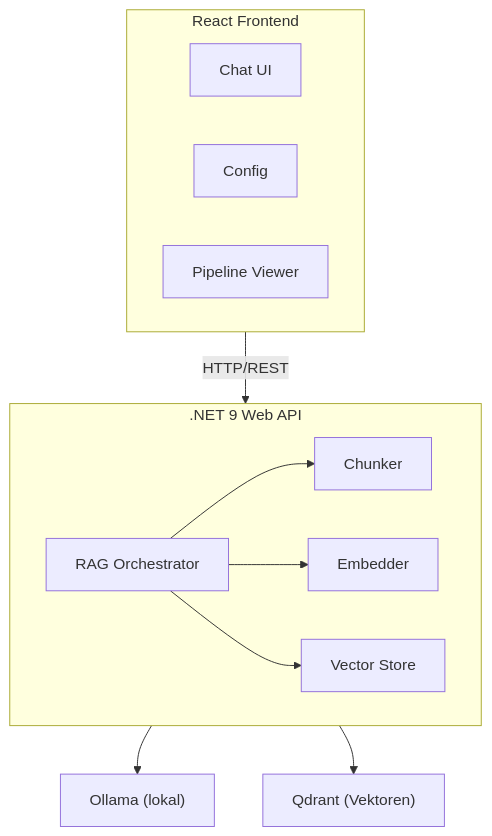
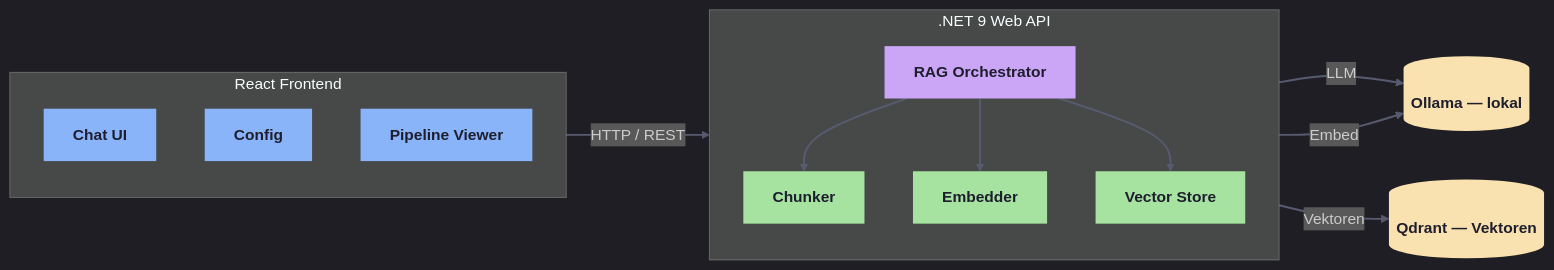
One commit to AliMoinzadeh/Dojo.RAG changed the fourth of 4 diagrams in docs/presentation.de.md. Above: the diagram before and after it, drawn with Mermaid. The commit also changed other lines of this file and 1 other file, not shown here.

Commit message:
improve mermaid diagrams

````diff
--- a/docs/presentation.de.md
+++ b/docs/presentation.de.md
@@ -659,22 +713,39 @@
 ```mermaid
-flowchart TB
+%%{init: {'theme': 'dark', 'themeVariables': {'primaryColor': '#313244', 'primaryTextColor': '#cdd6f4', 'lineColor': '#6c7086', 'fontSize': '16px'}}}%%
+flowchart LR
   subgraph FE["React Frontend"]
+    direction TB
     UI["Chat UI"]
     CFG["Config"]
     PV["Pipeline Viewer"]
   end
 
   subgraph API[".NET 9 Web API"]
+    direction TB
     ORCH["RAG Orchestrator"]
     CH["Chunker"]
     EMB["Embedder"]
     VS["Vector Store"]
-    ORCH --> CH
-    ORCH --> EMB
-    ORCH --> VS
+    ORCH --> CH & EMB & VS
   end
 
-  FE -->|"HTTP/REST"| API
-  API --> OL["Ollama (lokal)"]
-  API --> QD["Qdrant (Vektoren)"]
+  FE ==>|"HTTP / REST"| API
+  ORCH -->|"LLM"| OL
+  EMB -->|"Embed"| OL
+  VS -->|"Vektoren"| QD
+
+  OL[("Ollama — lokal")]
+  QD[("Qdrant — Vektoren")]
+
+  classDef fe fill:#89b4fa,color:#1e1e2e,stroke:none,font-weight:bold
+  classDef api fill:#a6e3a1,color:#1e1e2e,stroke:none,font-weight:bold
+  classDef orch fill:#cba6f7,color:#1e1e2e,stroke:none,font-weight:bold
+  classDef ext fill:#f9e2af,color:#1e1e2e,stroke:none,font-weight:bold
+
+  class UI,CFG,PV fe
+  class CH,EMB,VS api
+  class ORCH orch
+  class OL,QD ext
+
+  linkStyle default stroke:#585b70,stroke-width:2px
 ```
````
